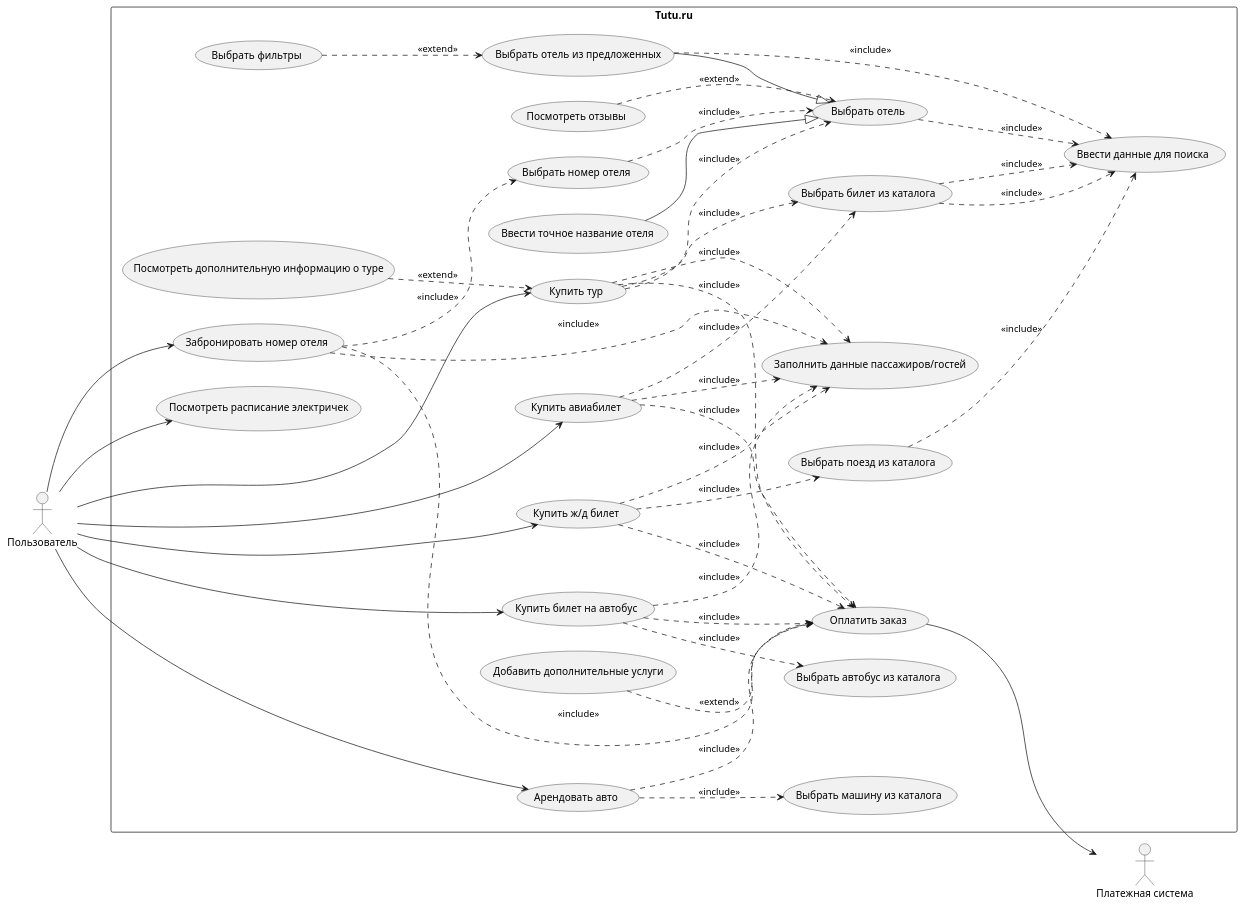
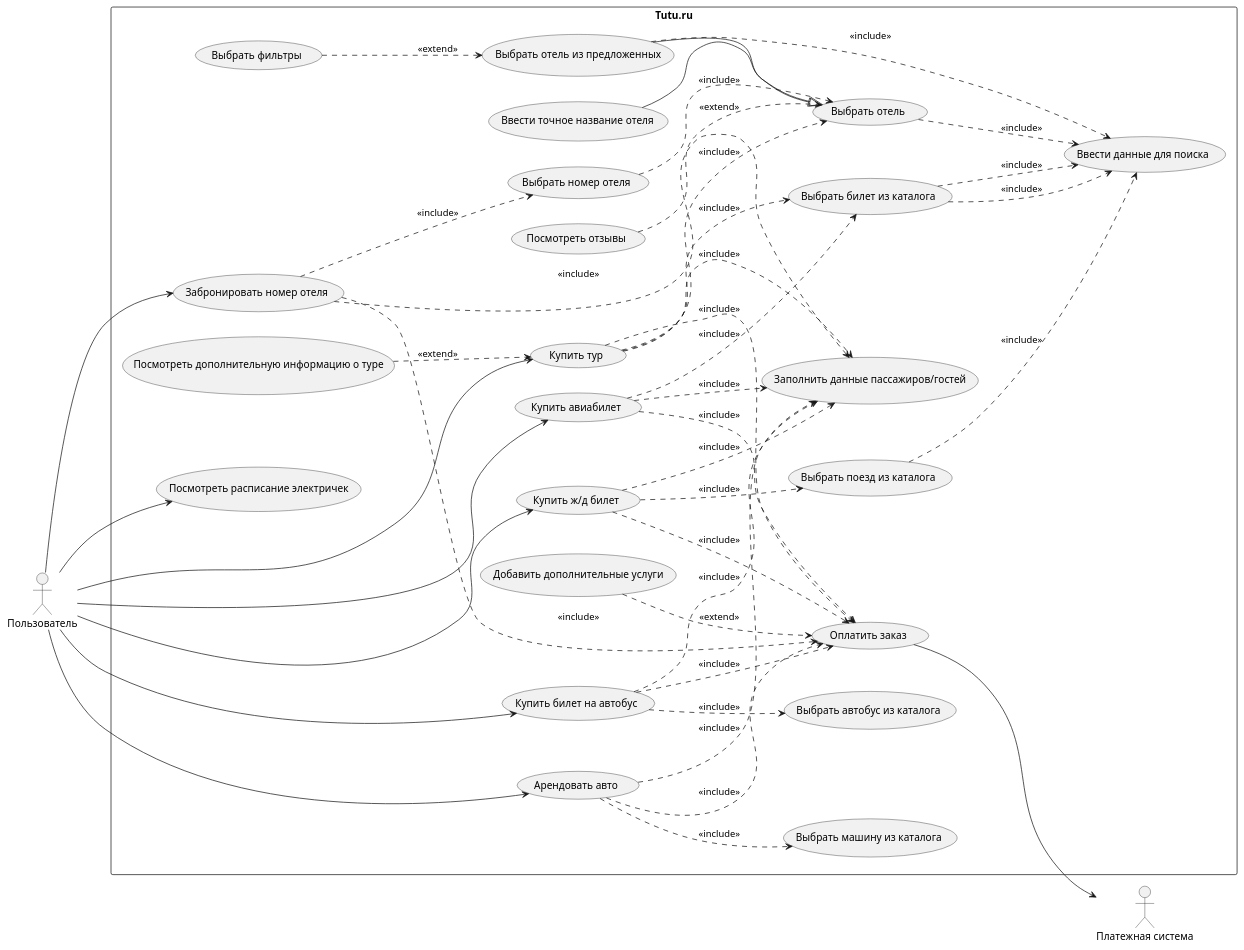
Before and after one commit to Ch3333zzz/ST: the diagram in lab3/use-case.puml, drawn with PlantUML. The commit also changed 8 other files, not shown here.

```diff
--- a/lab3/use-case.puml
+++ b/lab3/use-case.puml
@@ -1,86 +1,87 @@
 @startuml
 left to right direction
 skinparam packageStyle rectangle
 
 actor "Пользователь" as user
 actor "Платежная система" as payment_system
 
 rectangle "Tutu.ru" {
   usecase "Оплатить заказ" as pay
   usecase "Ввести данные для поиска" as search_data
   usecase "Посмотреть отзывы" as reviews
   usecase "Выбрать фильтры" as filters
   usecase "Заполнить данные пассажиров/гостей" as p_info
   usecase "Добавить дополнительные услуги" as additional_services
   
   usecase "Забронировать номер отеля" as book_hotel
   usecase "Купить авиабилет" as buy_flight
   usecase "Купить ж/д билет" as buy_train
   usecase "Купить билет на автобус" as buy_bus
   usecase "Посмотреть расписание электричек" as check_sched
   usecase "Купить тур" as buy_tour
   usecase "Арендовать авто" as rent_auto
 
   usecase "Выбрать отель" as select_hotel
   usecase "Выбрать отель из предложенных" as select_from_list
   usecase "Выбрать номер отеля" as select_room
   usecase "Ввести точное название отеля" as search_by_name
 
   usecase "Выбрать билет из каталога" as select_ticket
   usecase "Выбрать поезд из каталога" as select_train
   usecase "Выбрать автобус из каталога" as select_bus
   usecase "Выбрать машину из каталога" as select_car
 
   user --> book_hotel
   user --> buy_flight
   user --> buy_train
   user --> buy_bus
   user --> check_sched
   user --> buy_tour
   user --> rent_auto
 
   additional_services ..> pay : <<extend>>  
 
   book_hotel ..> pay : <<include>>
   book_hotel ..> p_info : <<include>>
   book_hotel ..> select_room : <<include>>
   select_room ..> select_hotel : <<include>>
   
   search_by_name --|> select_hotel
   select_from_list --|> select_hotel
   select_from_list ..> search_data : <<include>>
   reviews ..> select_hotel : <<extend>>
   filters ..> select_from_list : <<extend>>
 
   buy_flight ..> pay : <<include>>
   buy_flight ..> select_ticket : <<include>>
   buy_flight ..> p_info : <<include>>
   select_ticket ..> search_data : <<include>>
 
   buy_train ..> pay : <<include>>
   buy_train ..> select_train : <<include>>
   buy_train ..> p_info : <<include>>
   select_train ..> search_data : <<include>>
 
   buy_bus ..> pay : <<include>>
   buy_bus ..> select_bus : <<include>>
   buy_bus ..> p_info : <<include>>
 
   buy_tour ..> pay : <<include>>
   buy_tour ..> p_info : <<include>>
   
   rent_auto ..> pay : <<include>>
   rent_auto ..> select_car : <<include>>
+  rent_auto ..> p_info : <<include>>
 
   buy_tour ..> select_hotel : <<include>>
   buy_tour ..> select_ticket : <<include>>
   
   (Посмотреть дополнительную информацию о туре) ..> buy_tour : <<extend>>
 
   ' Общая логика поиска
   select_hotel ..> search_data : <<include>>
   select_ticket ..> search_data : <<include>>
 
   pay --> payment_system
 }
 @enduml
```
